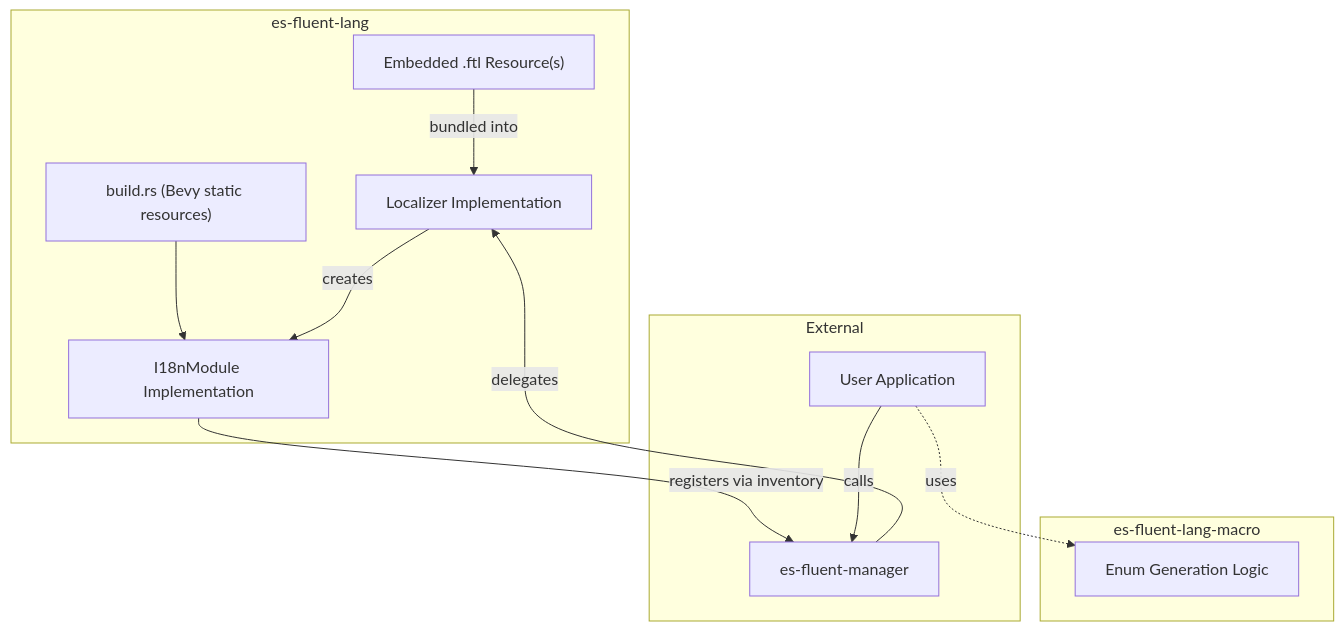
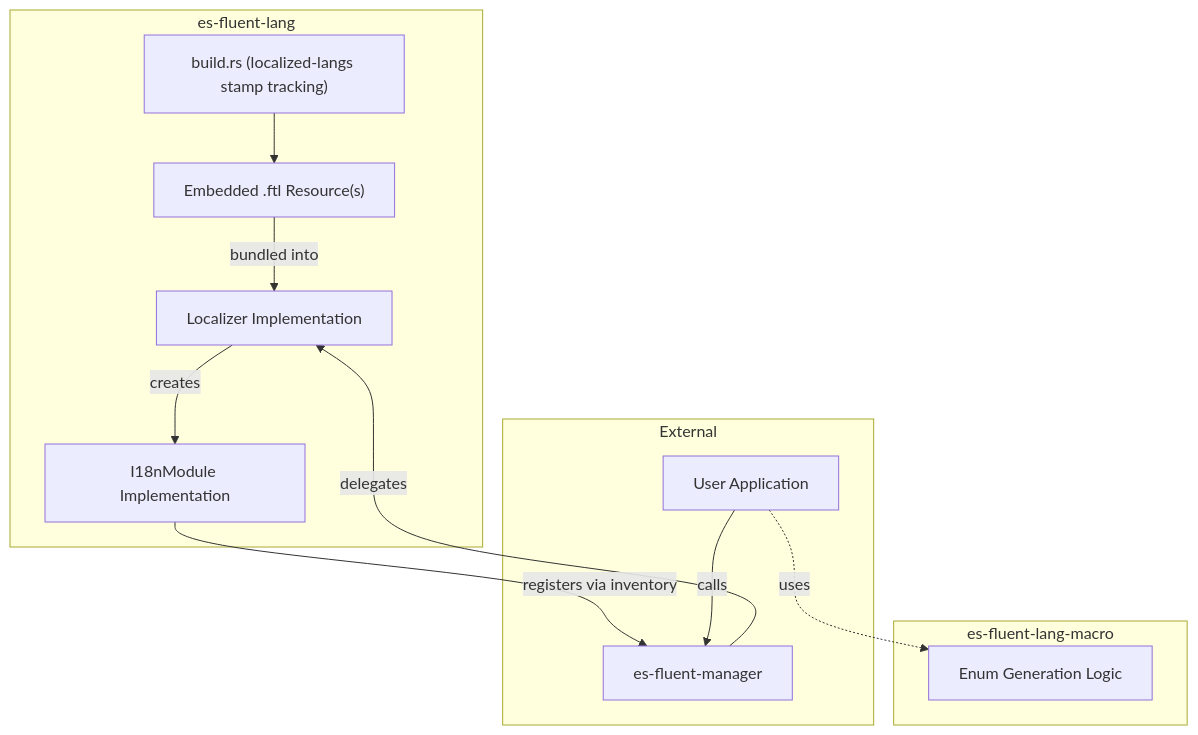
One commit to stayhydated/es-fluent changed the diagram in crates/es-fluent-lang/docs/ARCHITECTURE.md. Above: the diagram before and after it, drawn with Mermaid. The commit also changed other lines of this file and 5 other files, not shown here.

````diff
--- a/crates/es-fluent-lang/docs/ARCHITECTURE.md
+++ b/crates/es-fluent-lang/docs/ARCHITECTURE.md
@@ -15,26 +15,26 @@
 ```mermaid
 flowchart TD
     subgraph CRATE["es-fluent-lang"]
         RES["Embedded .ftl Resource(s)"]
         LOC["Localizer Implementation"]
         MOD["I18nModule Implementation"]
-        BUILD["build.rs (Bevy static resources)"]
+        BUILD["build.rs (localized-langs stamp tracking)"]
     end
 
     subgraph MACRO["es-fluent-lang-macro"]
         GEN["Enum Generation Logic"]
     end
 
     subgraph EXT["External"]
         MGR["es-fluent-manager"]
         APP["User Application"]
     end
 
     RES -->|bundled into| LOC
-    BUILD --> MOD
+    BUILD --> RES
     LOC -->|creates| MOD
     MOD -->|registers via inventory| MGR
     APP -->|calls| MGR
     MGR -->|delegates| LOC
     APP -.->|uses| GEN
 ```
````
